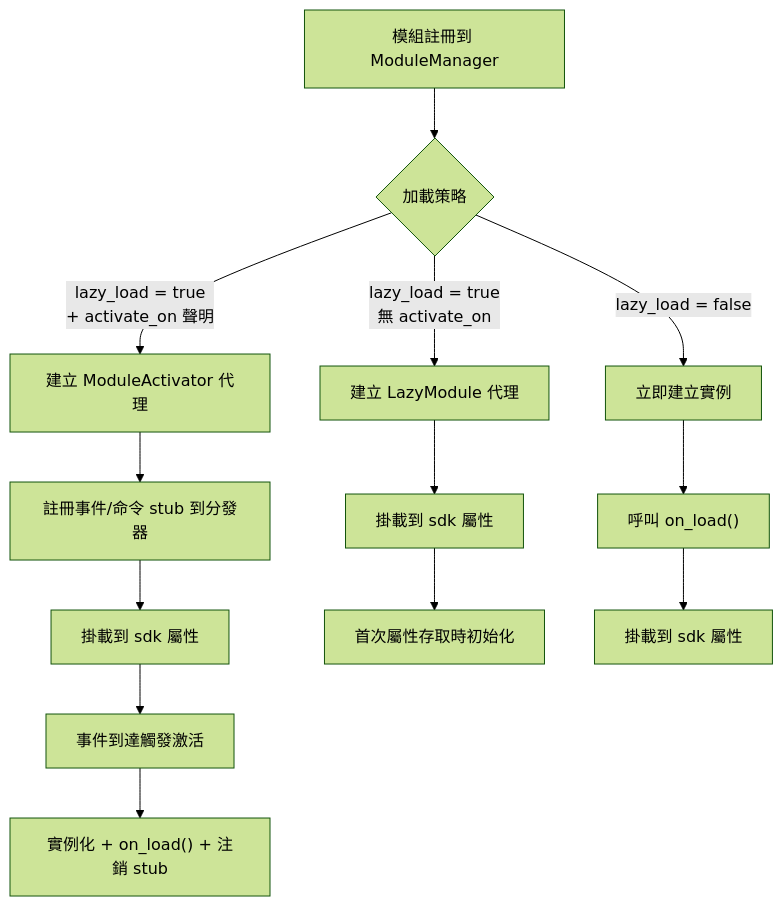
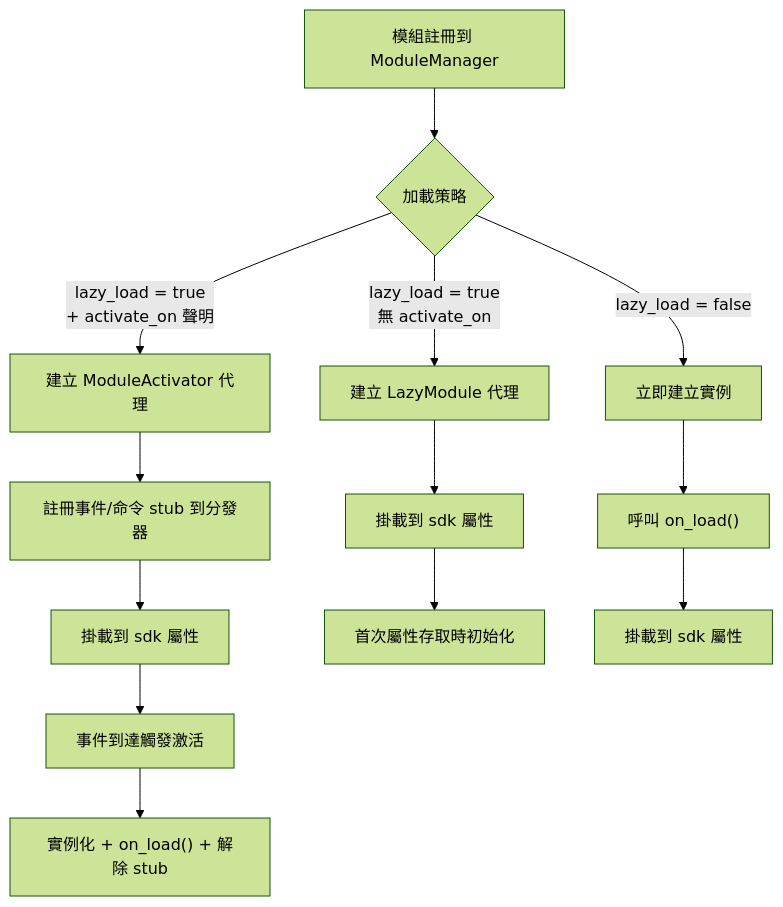
The sixth of 10 diagrams in docs/zh-TW/architecture.md (ErisPulse/ErisPulse), drawn with Mermaid (forest theme) before and after one commit. The commit also changed other lines of this file and 83 other files, not shown here.

````diff
--- a/docs/zh-TW/architecture.md
+++ b/docs/zh-TW/architecture.md
@@ -197,15 +197,15 @@
 ```mermaid
 flowchart TD
     A["模組註冊到 ModuleManager"] --> B{"加載策略"}
     B -->|"lazy_load = true<br/>+ activate_on 聲明"| C["建立 ModuleActivator 代理"]
     B -->|"lazy_load = true<br/>無 activate_on"| D["建立 LazyModule 代理"]
     B -->|"lazy_load = false"| E["立即建立實例"]
     C --> F["註冊事件/命令 stub 到分發器"]
     F --> G["掛載到 sdk 屬性"]
     G --> H["事件到達觸發激活"]
-    H --> I["實例化 + on_load() + 注銷 stub"]
+    H --> I["實例化 + on_load() + 解除 stub"]
     D --> J["掛載到 sdk 屬性"]
     J --> K["首次屬性存取時初始化"]
     E --> L["呼叫 on_load()"]
     L --> M["掛載到 sdk 屬性"]
 ```
````
